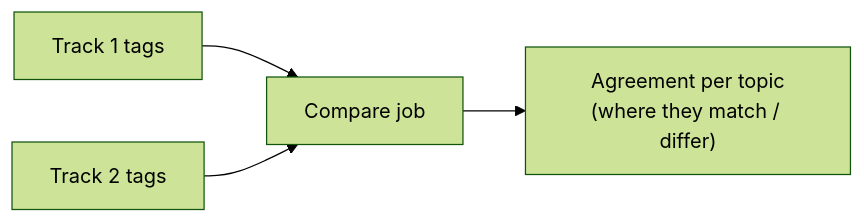
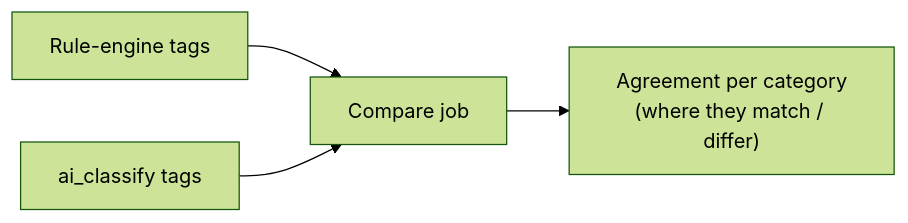
The fourth of 5 diagrams in docs/ARCHITECTURE.md (dariakrasavina/GM_VOC), drawn with Mermaid (forest theme) before and after one commit. The commit also changed other lines of this file and 24 other files, not shown here.

Commit message:
Rename to category/classification vocabulary; add multi-label ai_classify + hierarchy roll-up in both classifiers; update compare job and docs

````diff
--- a/docs/ARCHITECTURE.md
+++ b/docs/ARCHITECTURE.md
@@ -76,11 +87,11 @@
 ```mermaid
 flowchart LR
-    R["Track 1 tags"]
-    A["Track 2 tags"]
+    R["Rule-engine tags"]
+    A["ai_classify tags"]
     C["Compare job"]
-    OUT["Agreement per topic<br/>(where they match / differ)"]
+    OUT["Agreement per category<br/>(where they match / differ)"]
 
     R --> C
     A --> C
     C --> OUT
 ```
````
